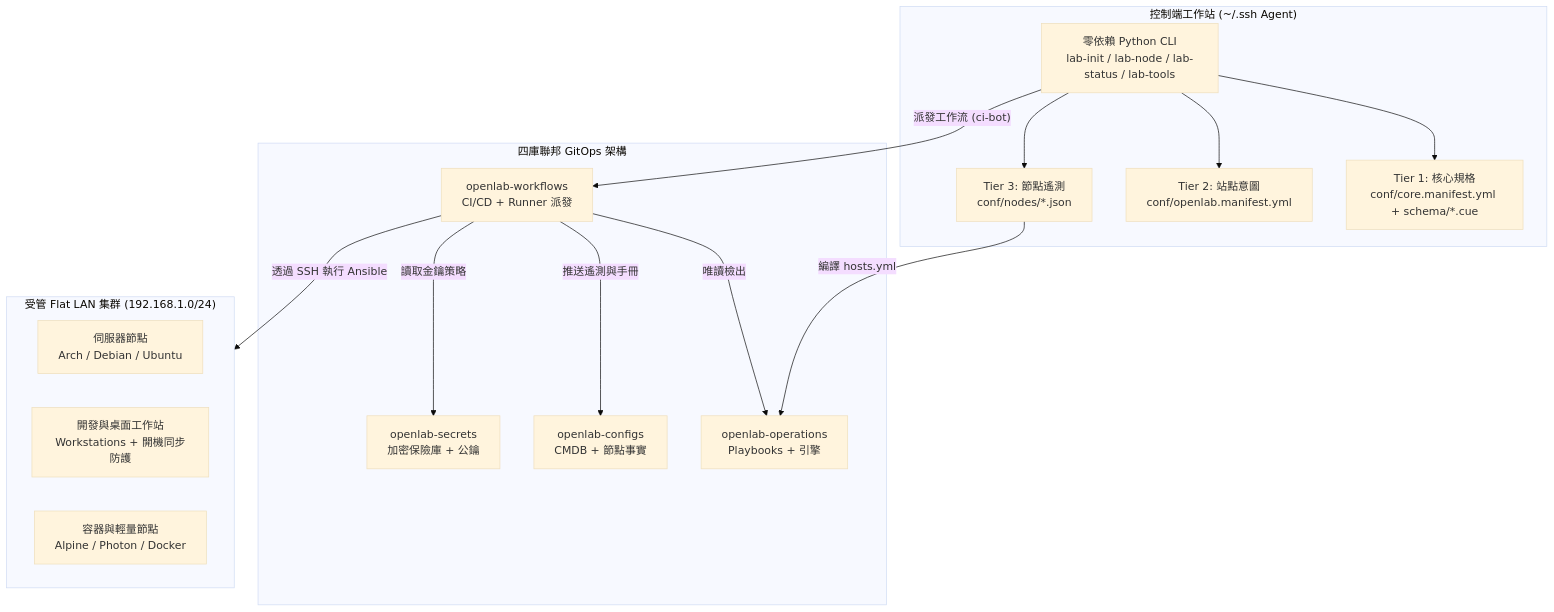
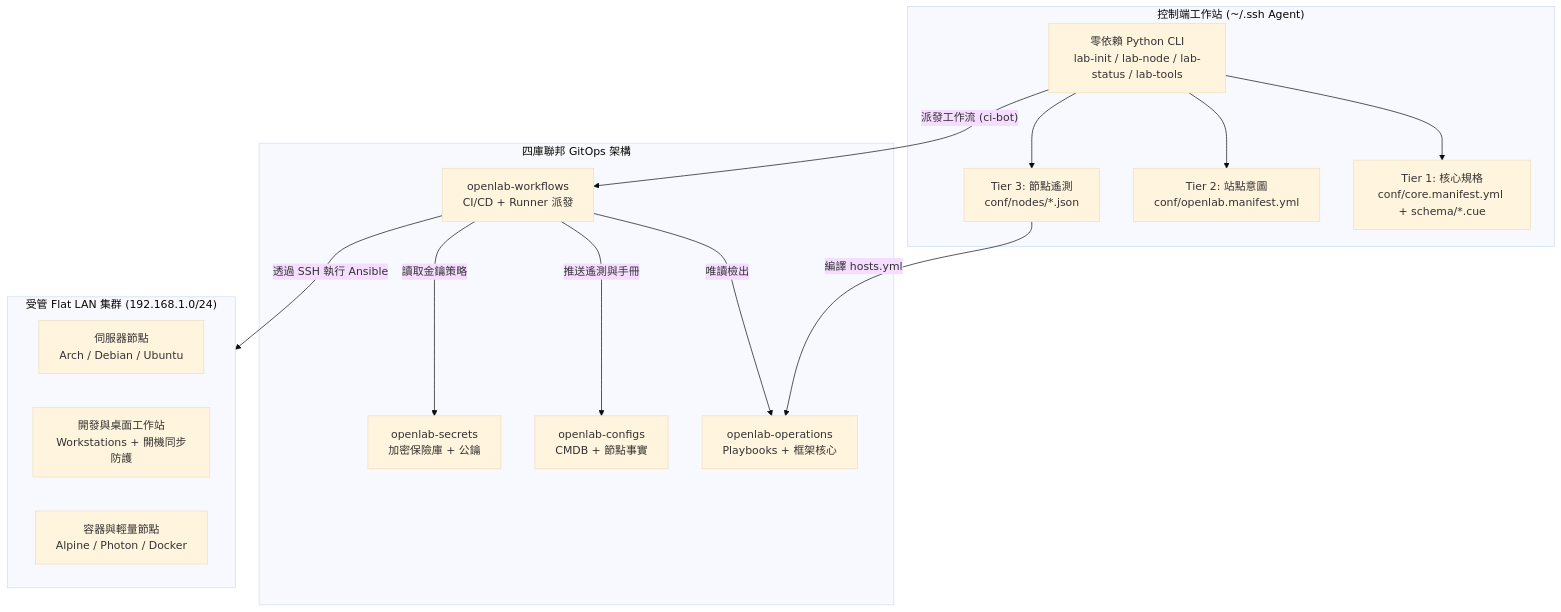
One commit to openlabops/openlabops changed the diagram in i18n/zh-TW/docusaurus-plugin-content-docs/current/architecture.md. Above: the diagram before and after it, drawn with Mermaid (base theme). The commit also changed other lines of this file and 15 other files, not shown here.

Commit message:
docs(wiki): expand architecture, security, testing, and AI SRE details; use Framework terminology

````diff
--- a/i18n/zh-TW/docusaurus-plugin-content-docs/current/architecture.md
+++ b/i18n/zh-TW/docusaurus-plugin-content-docs/current/architecture.md
@@ -11,30 +11,30 @@
 ```mermaid
 flowchart TB
     subgraph Console["控制端工作站 (~/.ssh Agent)"]
         CLI["零依賴 Python CLI<br/>lab-init / lab-node / lab-status / lab-tools"]
         T1["Tier 1: 核心規格<br/>conf/core.manifest.yml + schema/*.cue"]
         T2["Tier 2: 站點意圖<br/>conf/openlab.manifest.yml"]
         T3["Tier 3: 節點遙測<br/>conf/nodes/*.json"]
     end
 
     subgraph Federation["四庫聯邦 GitOps 架構"]
-        OPS["openlab-operations<br/>Playbooks + 引擎"]
+        OPS["openlab-operations<br/>Playbooks + 框架核心"]
         WF["openlab-workflows<br/>CI/CD + Runner 派發"]
         CFG["openlab-configs<br/>CMDB + 節點事實"]
         SEC["openlab-secrets<br/>加密保險庫 + 公鑰"]
     end
 
     subgraph Fleet["受管 Flat LAN 集群 (192.168.1.0/24)"]
         N1["伺服器節點<br/>Arch / Debian / Ubuntu"]
         N2["開發與桌面工作站<br/>Workstations + 開機同步防護"]
         N3["容器與輕量節點<br/>Alpine / Photon / Docker"]
     end
 
     CLI --> T1 & T2 & T3
     T3 -->|"編譯 hosts.yml"| OPS
     CLI -->|"派發工作流 (ci-bot)"| WF
     WF -->|"唯讀檢出"| OPS
     WF -->|"推送遙測與手冊"| CFG
     WF -->|"讀取金鑰策略"| SEC
     WF -->|"透過 SSH 執行 Ansible"| Fleet
 ```
````
